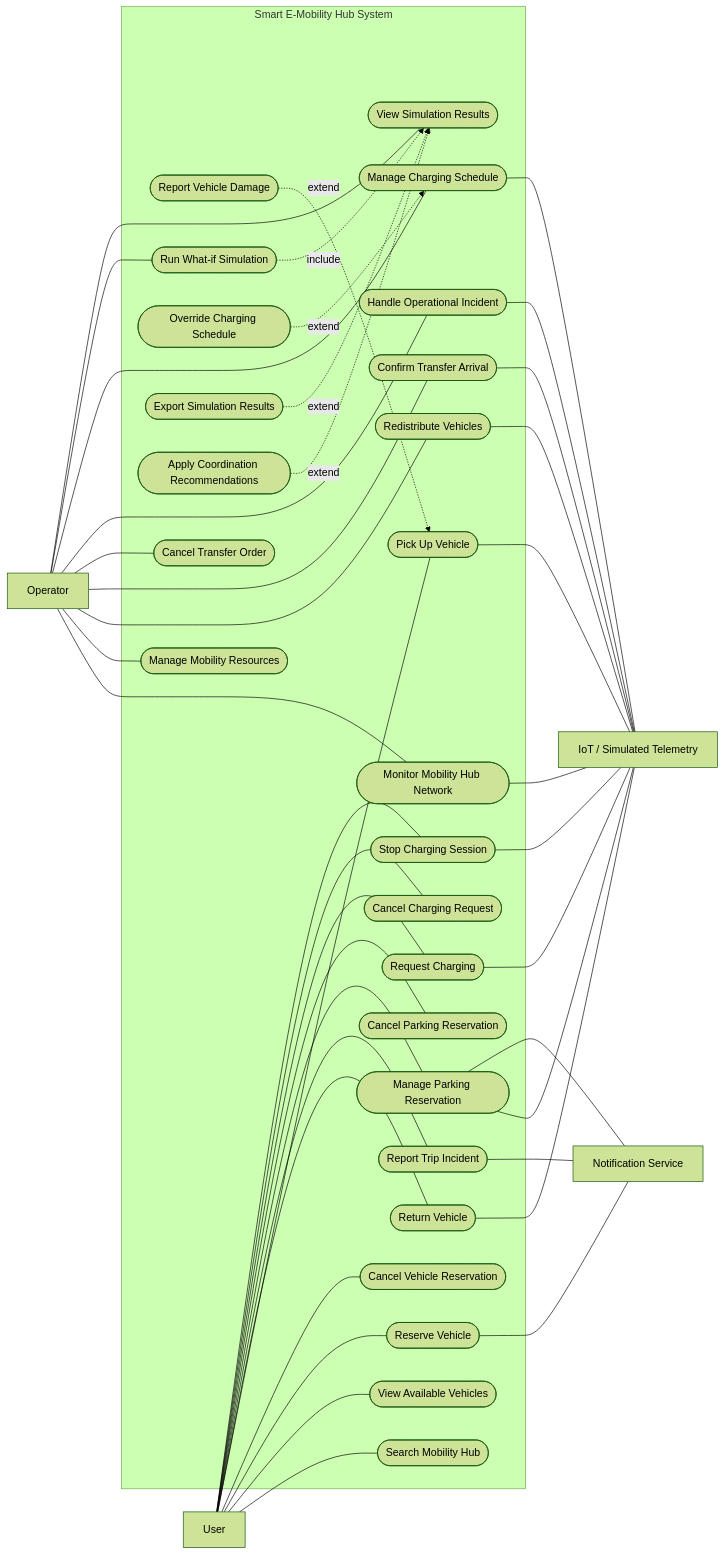
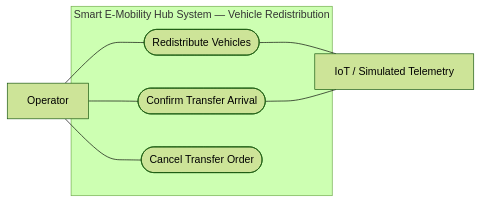
Before and after one commit to YdtTran/software-engineerning: diagram 12 of 14 in docs/diagrams/01_Usecase_Diagram/README.md, drawn with Mermaid (forest theme). The commit also changed other lines of this file and 72 other files, not shown here.

Commit message:
docs: publish updated Draw.io workflow and overview diagrams

````diff
--- a/docs/diagrams/01_Usecase_Diagram/README.md
+++ b/docs/diagrams/01_Usecase_Diagram/README.md
@@ -293,73 +408,15 @@
 ```mermaid
 flowchart LR
-actor_user["User"]
 actor_operator["Operator"]
 actor_telemetry["IoT / Simulated Telemetry"]
-actor_notification["Notification Service"]
-subgraph System["Smart E-Mobility Hub System"]
-uc_UC01(["Search Mobility Hub"])
-uc_UC02(["View Available Vehicles"])
-uc_UC03(["Reserve Vehicle"])
-uc_UC03_uc_cancel(["Cancel Vehicle Reservation"])
-uc_UC04(["Pick Up Vehicle"])
-uc_UC04_uc_ext(["Report Vehicle Damage"])
-uc_UC05(["Return Vehicle"])
-uc_UC11A(["Report Trip Incident"])
-uc_UC06(["Manage Parking Reservation"])
-uc_UC06_uc_cancel(["Cancel Parking Reservation"])
-uc_UC07(["Request Charging"])
-uc_UC07_uc_cancel(["Cancel Charging Request"])
-uc_UC07A(["Stop Charging Session"])
-uc_UC08(["Monitor Mobility Hub Network"])
-uc_UC09(["Manage Mobility Resources"])
-uc_UC10(["Redistribute Vehicles"])
-uc_UC10A(["Confirm Transfer Arrival"])
-uc_UC10B(["Cancel Transfer Order"])
-uc_UC11(["Handle Operational Incident"])
-uc_UC12(["Manage Charging Schedule"])
-uc_UC12_uc_ext2(["Override Charging Schedule"])
-uc_UC13(["Run What-if Simulation"])
-uc_UC14(["View Simulation Results"])
-uc_UC14_uc_ext1(["Export Simulation Results"])
-uc_UC14_uc_apply(["Apply Coordination Recommendations"])
+subgraph System["Smart E-Mobility Hub System — Vehicle Redistribution"]
+  uc_UC10(["Redistribute Vehicles"])
+  uc_UC10A(["Confirm Transfer Arrival"])
+  uc_UC10B(["Cancel Transfer Order"])
 end
-actor_user --- uc_UC01
-actor_user --- uc_UC02
-actor_user --- uc_UC03
-actor_user --- uc_UC03_uc_cancel
-actor_user --- uc_UC04
-uc_UC04_uc_ext -. "extend" .-> uc_UC04
-actor_user --- uc_UC05
-actor_user --- uc_UC11A
-actor_user --- uc_UC06
-actor_user --- uc_UC06_uc_cancel
-actor_user --- uc_UC07
-actor_user --- uc_UC07_uc_cancel
-actor_user --- uc_UC07A
-actor_operator --- uc_UC08
-actor_operator --- uc_UC09
 actor_operator --- uc_UC10
 actor_operator --- uc_UC10A
 actor_operator --- uc_UC10B
-actor_operator --- uc_UC11
-actor_operator --- uc_UC12
-uc_UC12_uc_ext2 -. "extend" .-> uc_UC12
-actor_operator --- uc_UC13
-actor_operator --- uc_UC14
-uc_UC13 -. "include" .-> uc_UC14
-uc_UC14_uc_ext1 -. "extend" .-> uc_UC14
-uc_UC14_uc_apply -. "extend" .-> uc_UC14
-uc_UC04 --- actor_telemetry
-uc_UC05 --- actor_telemetry
-uc_UC07 --- actor_telemetry
-uc_UC07A --- actor_telemetry
-uc_UC08 --- actor_telemetry
 uc_UC10 --- actor_telemetry
 uc_UC10A --- actor_telemetry
-uc_UC11 --- actor_telemetry
-uc_UC12 --- actor_telemetry
-uc_UC03 --- actor_notification
-uc_UC11A --- actor_notification
-uc_UC06 --- actor_telemetry
-uc_UC06 --- actor_notification
 ```
````
